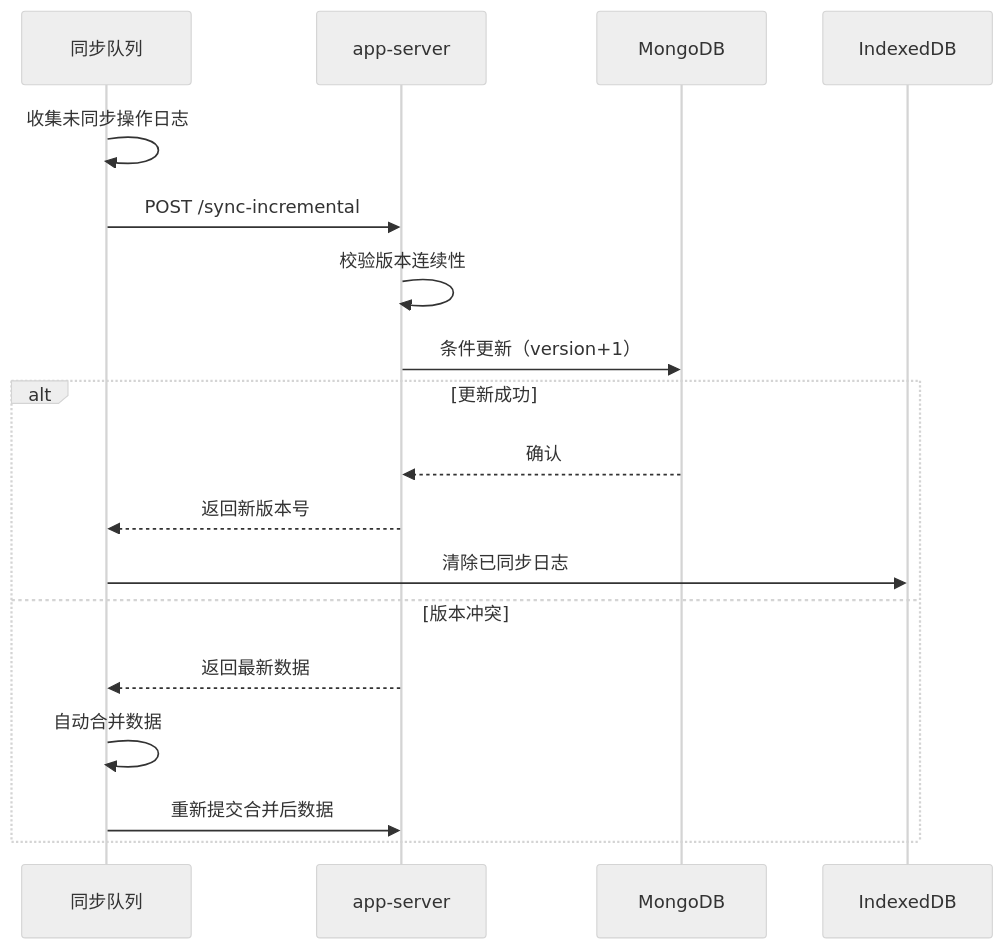
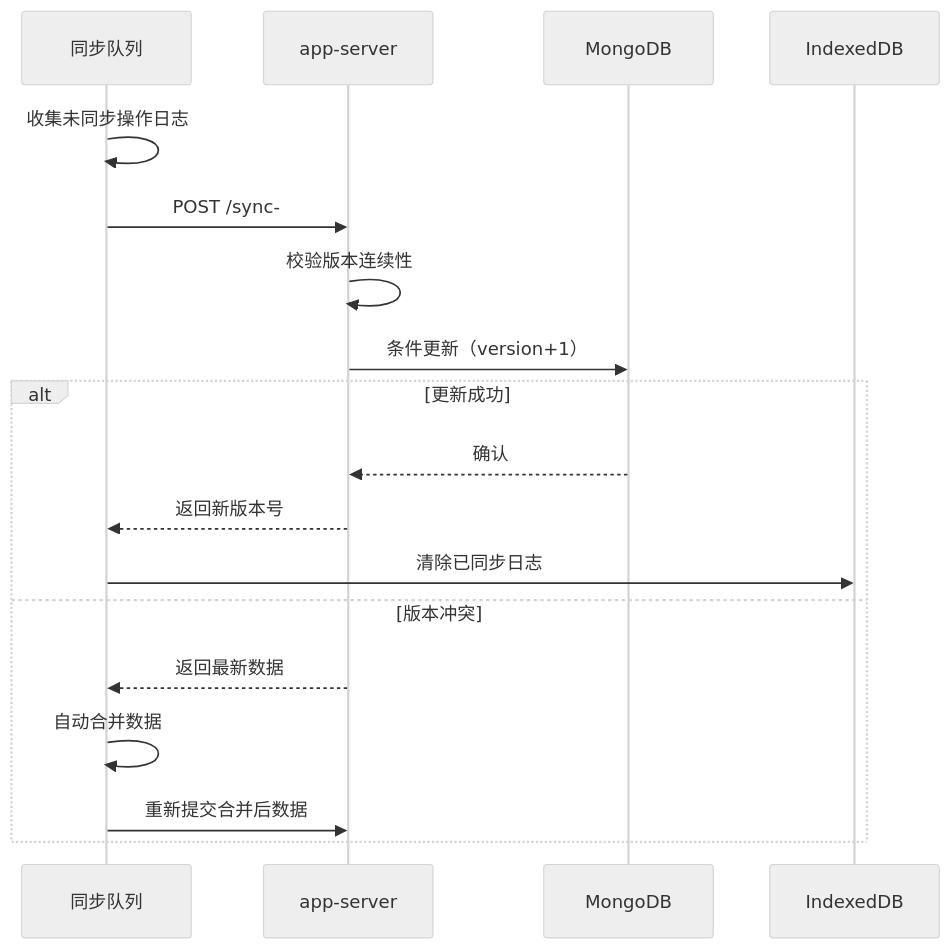
The diagram in all/未命名-24.md (yingjianzh/iodraw-files), drawn with Mermaid (neutral theme) before and after one commit.

Commit message:
2025-02-24 16:24:43 update

````diff
--- a/all/未命名-24.md
+++ b/all/未命名-24.md
@@ -1,23 +1,23 @@
 ```mermaid
 
 sequenceDiagram
     participant 同步队列
     participant app-server
     participant MongoDB
 
 
     同步队列->>同步队列: 收集未同步操作日志
-    同步队列->>app-server: POST /sync-incremental
+    同步队列->>app-server: POST /sync-
     app-server->>app-server: 校验版本连续性
     app-server->>MongoDB: 条件更新（version+1）
     alt 更新成功
         MongoDB-->>app-server: 确认
         app-server-->>同步队列: 返回新版本号
         同步队列->>IndexedDB: 清除已同步日志
     else 版本冲突
         app-server-->>同步队列: 返回最新数据
         同步队列->>同步队列: 自动合并数据
         同步队列->>app-server: 重新提交合并后数据
     end
 
 ```
````
